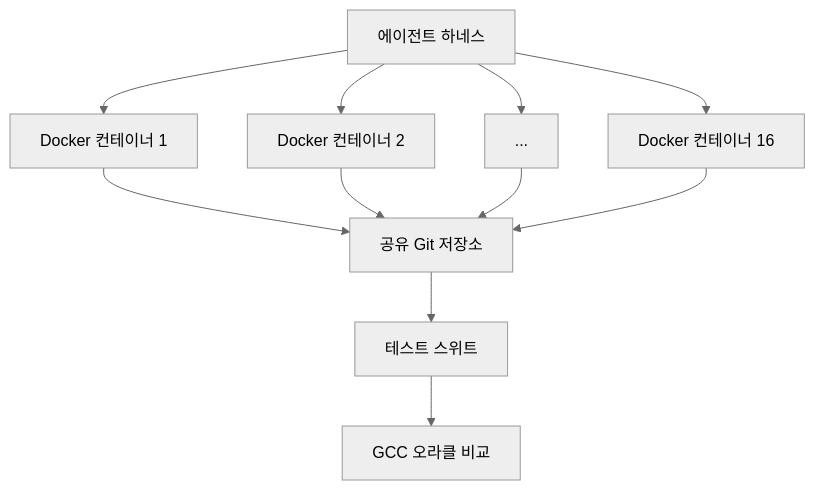
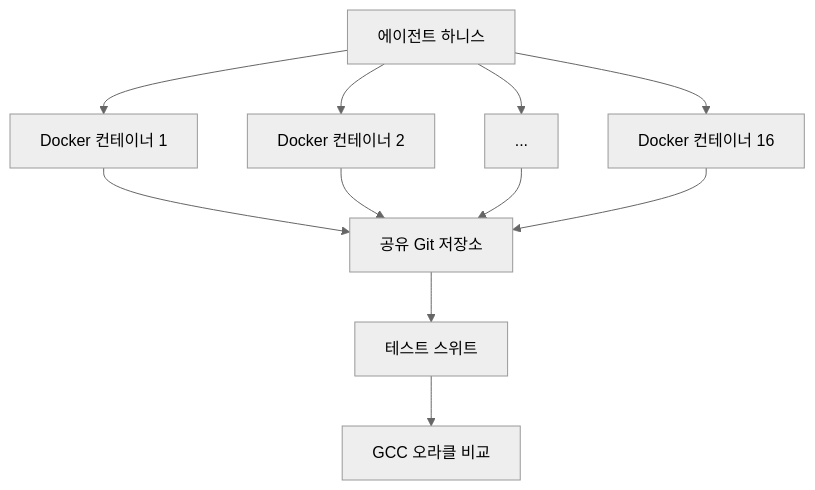
Before and after one commit to kimjangwook/www.jangwook.net: the first of 2 diagrams in src/content/blog/ko/ccc-vs-gcc-ai-compiled-c-compiler.md, drawn with Mermaid (neutral theme). The commit also changed other lines of this file, not shown here.

````diff
--- a/src/content/blog/ko/ccc-vs-gcc-ai-compiled-c-compiler.md
+++ b/src/content/blog/ko/ccc-vs-gcc-ai-compiled-c-compiler.md
@@ -70,13 +70,13 @@
 ```mermaid
 graph TD
-    A[에이전트 하네스] --> B[Docker 컨테이너 1]
+    A[에이전트 하니스] --> B[Docker 컨테이너 1]
     A --> C[Docker 컨테이너 2]
     A --> D[...]
     A --> E[Docker 컨테이너 16]
     B --> F[공유 Git 저장소]
     C --> F
     D --> F
     E --> F
     F --> G[테스트 스위트]
     G --> H[GCC 오라클 비교]
 ```
````
